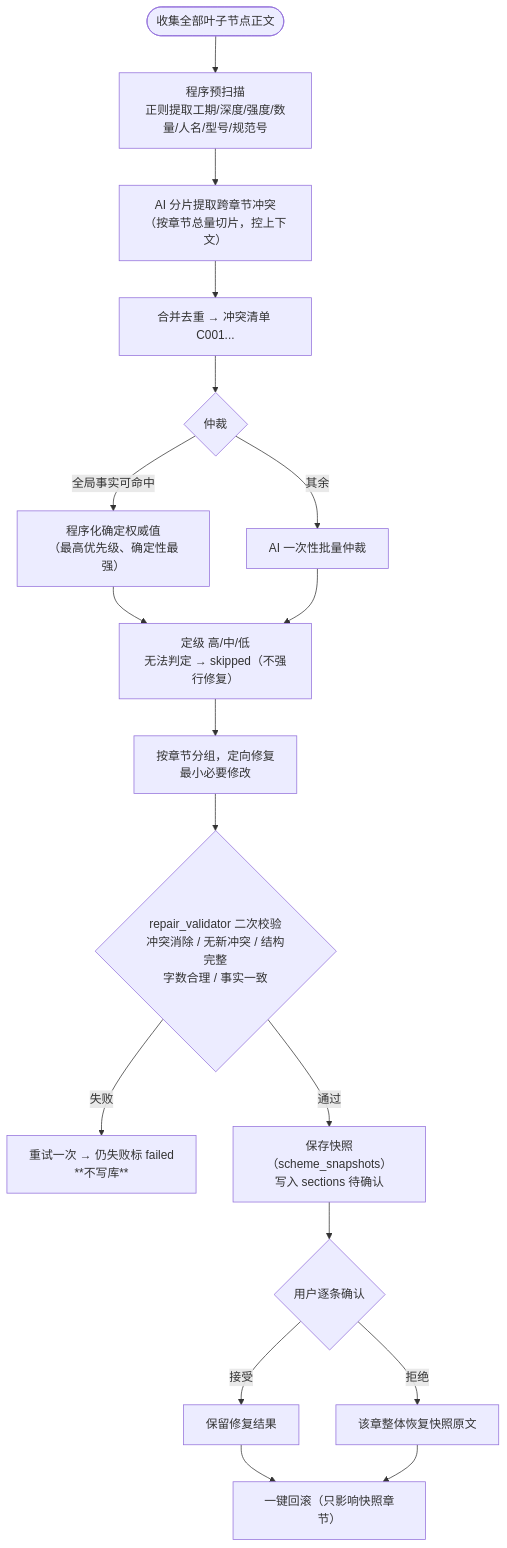
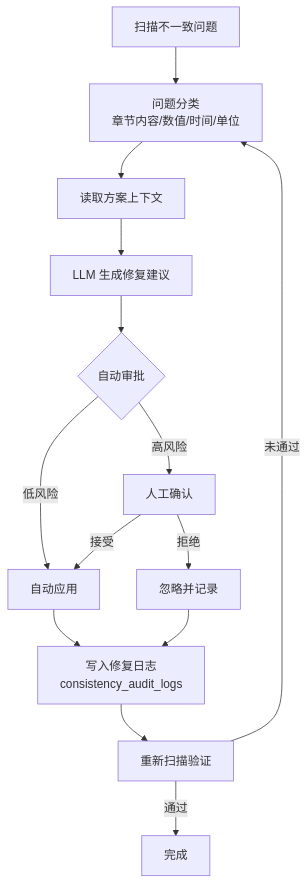
One commit to he-fei-ai/bidforge-jiangong changed diagram 20 of 34 in docs/技术架构文档.MD. Above: the diagram before and after it, drawn with Mermaid. The commit also changed other lines of this file and 2 other files, not shown here.

First line of the commit message:
docs: 主文档更新至 v5.4，合并 v5.3 图集并对齐 2026-11-09 实测数字

````diff
--- a/docs/技术架构文档.MD
+++ b/docs/技术架构文档.MD
@@ -688,18 +926,16 @@
 ```mermaid
 flowchart TD
-    A(["收集全部叶子节点正文"]) --> B["程序预扫描<br/>正则提取工期/深度/强度/数量/人名/型号/规范号"]
-    B --> C["AI 分片提取跨章节冲突<br/>（按章节总量切片，控上下文）"]
-    C --> D["合并去重 → 冲突清单 C001..."]
-    D --> E{"仲裁"}
-    E -->|全局事实可命中| F["程序化确定权威值<br/>（最高优先级、确定性最强）"]
-    E -->|其余| G["AI 一次性批量仲裁"]
-    F & G --> H["定级 高/中/低<br/>无法判定 → skipped（不强行修复）"]
-    H --> I["按章节分组，定向修复<br/>最小必要修改"]
-    I --> J{"repair_validator 二次校验<br/>冲突消除 / 无新冲突 / 结构完整<br/>字数合理 / 事实一致"}
-    J -->|失败| K["重试一次 → 仍失败标 failed<br/>**不写库**"]
-    J -->|通过| L["保存快照（scheme_snapshots）<br/>写入 sections 待确认"]
-    L --> M{"用户逐条确认"}
-    M -->|接受| N["保留修复结果"]
-    M -->|拒绝| O["该章整体恢复快照原文"]
-    N & O --> P["一键回滚（只影响快照章节）"]
+    A[扫描不一致问题] --> B[问题分类<br/>章节内容/数值/时间/单位]
+    B --> C[读取方案上下文]
+    C --> D[LLM 生成修复建议]
+    D --> E{自动审批}
+    E -- 低风险 --> F[自动应用]
+    E -- 高风险 --> G[人工确认]
+    G -- 接受 --> F
+    G -- 拒绝 --> H[忽略并记录]
+    F --> I[写入修复日志<br/>consistency_audit_logs]
+    H --> I
+    I --> J[重新扫描验证]
+    J -- 通过 --> K[完成]
+    J -- 未通过 --> B
 ```
````
